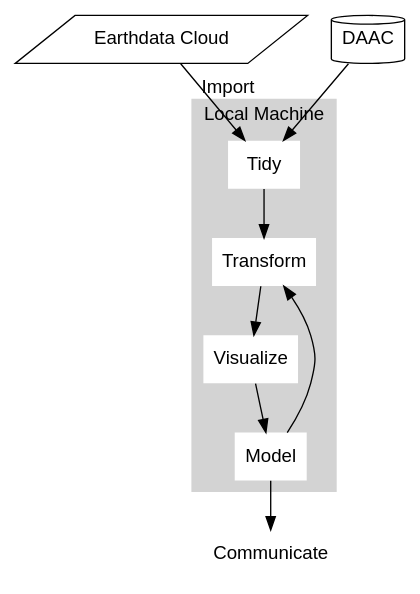
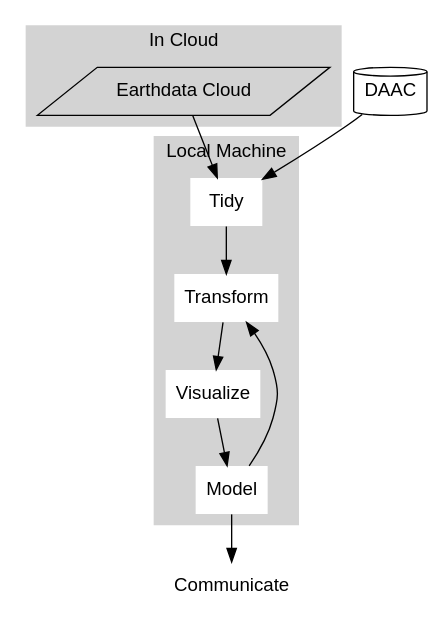
Before and after one commit to nsidc/data_strategies_for_future_us: the first of 3 diagrams in data_strategies_slides.qmd, drawn with Graphviz. The commit also changed other lines of this file, not shown here.

````diff
--- a/data_strategies_slides.qmd
+++ b/data_strategies_slides.qmd
@@ -61,24 +61,31 @@
 ```{dot}
 digraph G {
 	fontname="Helvetica,Arial,sans-serif"
 	node [fontname="Helvetica,Arial,sans-serif"]
 	edge [fontname="Helvetica,Arial,sans-serif"]
 
 	communicate [shape=plaintext, label="Communicate"];
         cloud [shape=parallelogram, label="Earthdata Cloud"];
         daac [shape=cylinder, label="DAAC"]
 
+        subgraph cluster_incloud {
+                style=filled;
+                color=lightgrey;
+                cloud;
+                label="In Cloud";
+         }
+
         subgraph cluster_0 {
 		style=filled;
 		color=lightgrey;
 		node [shape=plaintext, style=filled,color=white];
 		Tidy -> Transform -> Visualize -> Model -> Transform;
 		label = "Local Machine";
 	}
 
         daac -> Tidy
-        cloud -> Tidy [label="Import", labelfloat=true];
+        cloud -> Tidy
         Model -> communicate;
         
 }
 ```
````
